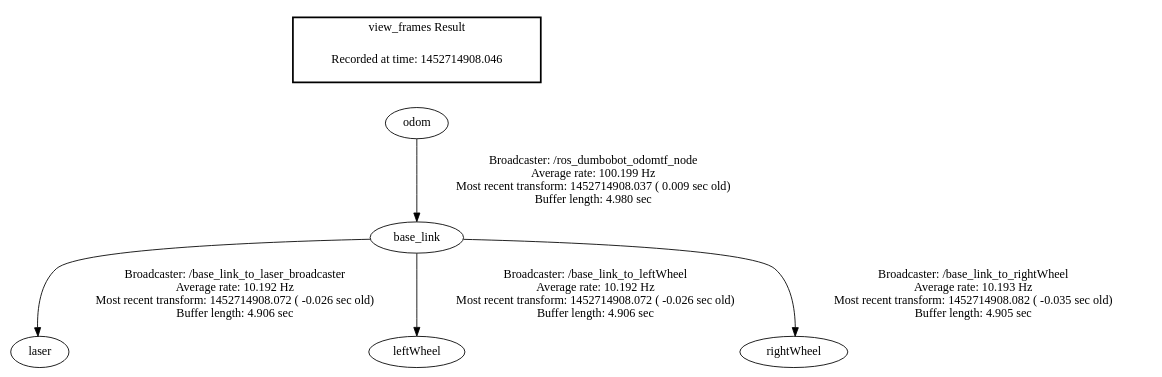
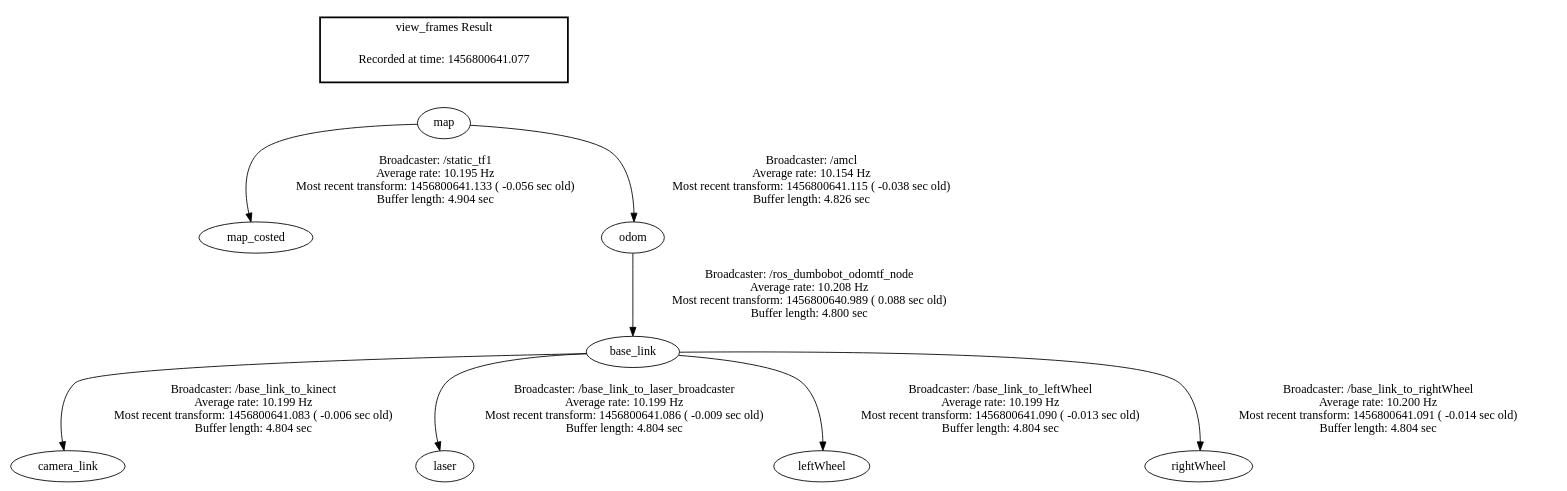
Before and after one commit to saxonia/ros-dumbobot: the diagram in frames.gv, drawn with Graphviz. The commit also changed 8 other files, not shown here.

```diff
--- a/frames.gv
+++ b/frames.gv
@@ -1,10 +1,13 @@
 digraph G {
-"odom" -> "base_link"[label="Broadcaster: /ros_dumbobot_odomtf_node\nAverage rate: 100.199 Hz\nMost recent transform: 1452714908.037 ( 0.009 sec old)\nBuffer length: 4.980 sec\n"];
-"base_link" -> "laser"[label="Broadcaster: /base_link_to_laser_broadcaster\nAverage rate: 10.192 Hz\nMost recent transform: 1452714908.072 ( -0.026 sec old)\nBuffer length: 4.906 sec\n"];
-"base_link" -> "leftWheel"[label="Broadcaster: /base_link_to_leftWheel\nAverage rate: 10.192 Hz\nMost recent transform: 1452714908.072 ( -0.026 sec old)\nBuffer length: 4.906 sec\n"];
-"base_link" -> "rightWheel"[label="Broadcaster: /base_link_to_rightWheel\nAverage rate: 10.193 Hz\nMost recent transform: 1452714908.082 ( -0.035 sec old)\nBuffer length: 4.905 sec\n"];
+"map" -> "map_costed"[label="Broadcaster: /static_tf1\nAverage rate: 10.195 Hz\nMost recent transform: 1456800641.133 ( -0.056 sec old)\nBuffer length: 4.904 sec\n"];
+"base_link" -> "camera_link"[label="Broadcaster: /base_link_to_kinect\nAverage rate: 10.199 Hz\nMost recent transform: 1456800641.083 ( -0.006 sec old)\nBuffer length: 4.804 sec\n"];
+"odom" -> "base_link"[label="Broadcaster: /ros_dumbobot_odomtf_node\nAverage rate: 10.208 Hz\nMost recent transform: 1456800640.989 ( 0.088 sec old)\nBuffer length: 4.800 sec\n"];
+"base_link" -> "laser"[label="Broadcaster: /base_link_to_laser_broadcaster\nAverage rate: 10.199 Hz\nMost recent transform: 1456800641.086 ( -0.009 sec old)\nBuffer length: 4.804 sec\n"];
+"base_link" -> "leftWheel"[label="Broadcaster: /base_link_to_leftWheel\nAverage rate: 10.199 Hz\nMost recent transform: 1456800641.090 ( -0.013 sec old)\nBuffer length: 4.804 sec\n"];
+"base_link" -> "rightWheel"[label="Broadcaster: /base_link_to_rightWheel\nAverage rate: 10.200 Hz\nMost recent transform: 1456800641.091 ( -0.014 sec old)\nBuffer length: 4.804 sec\n"];
+"map" -> "odom"[label="Broadcaster: /amcl\nAverage rate: 10.154 Hz\nMost recent transform: 1456800641.115 ( -0.038 sec old)\nBuffer length: 4.826 sec\n"];
 edge [style=invis];
  subgraph cluster_legend { style=bold; color=black; label ="view_frames Result";
-"Recorded at time: 1452714908.046"[ shape=plaintext ] ;
- }->"odom";
+"Recorded at time: 1456800641.077"[ shape=plaintext ] ;
+ }->"map";
 }
```
